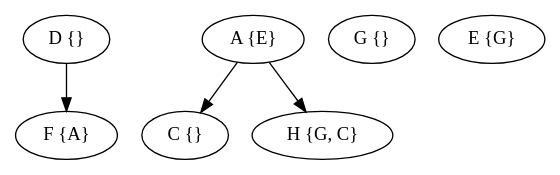
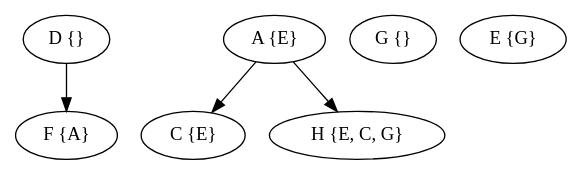
One commit to GiovA07/Pointer_Analysis changed the diagram in output/grafo.dot. Above: the diagram before and after it, drawn with Graphviz. The commit also changed 5 other files, not shown here.

```diff
--- a/output/grafo.dot
+++ b/output/grafo.dot
@@ -1,15 +1,15 @@
 digraph{
 
 rankdir=TB;
 
 D [label="D {}"];
 F [label="F {A}"];
 A [label="A {E}"];
 G [label="G {}"];
 E [label="E {G}"];
-C [label="C {}"];
-H [label="H {G, C}"];
+C [label="C {E}"];
+H [label="H {E, C, G}"];
 D -> F;
 A -> C;
 A -> H;
 }
```
